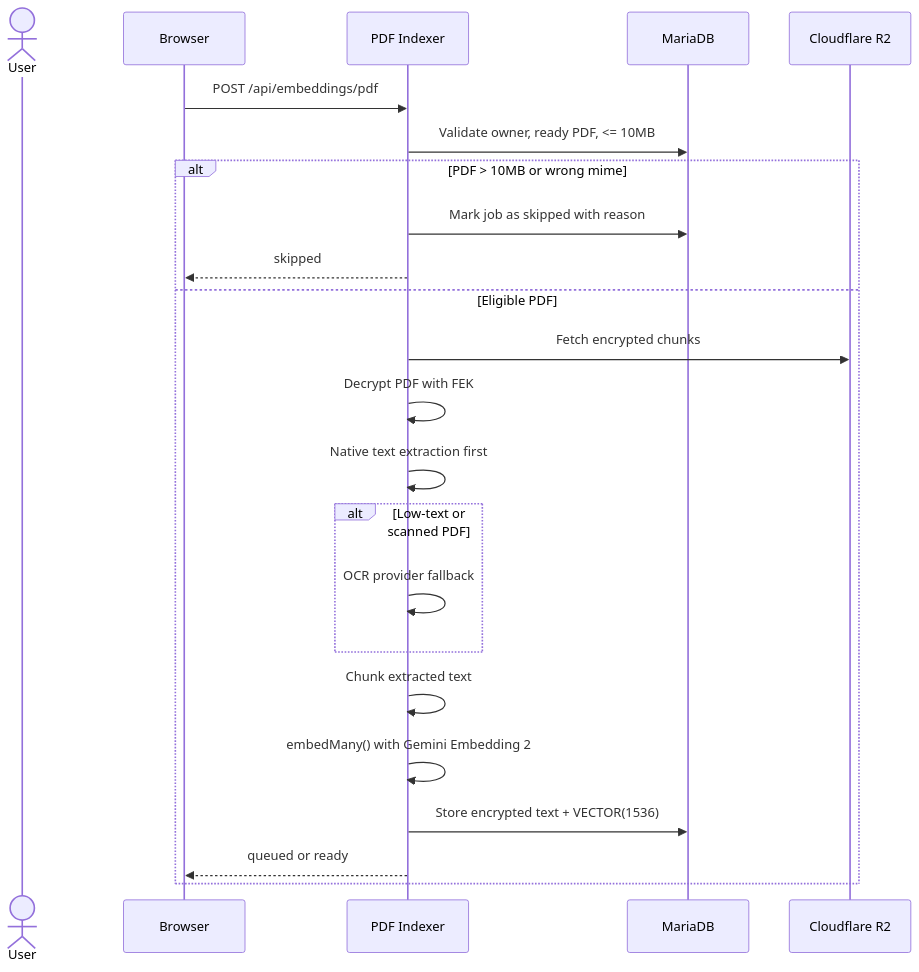
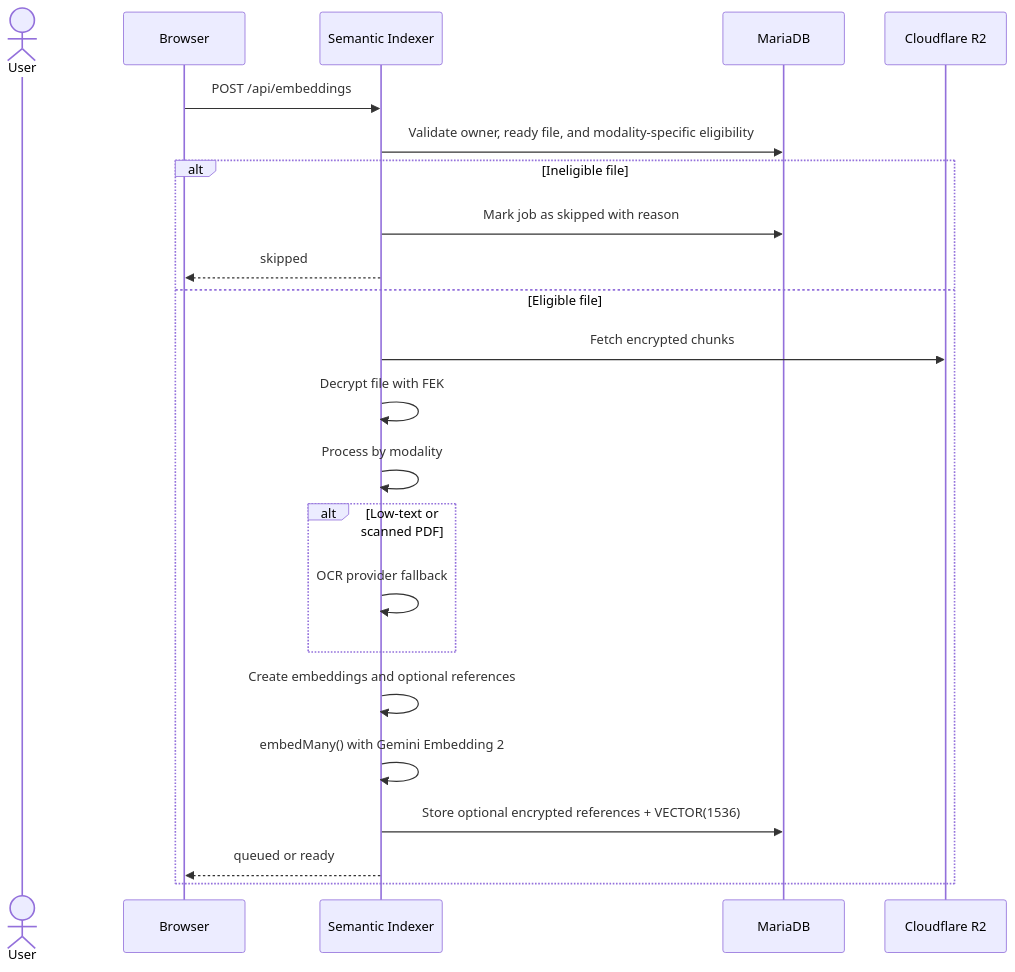
Before and after one commit to MariaDB-Hackathon-MY-2026/securevault: the fourth of 15 diagrams in implementation_plan.md, drawn with Mermaid. The commit also changed other lines of this file and 35 other files, not shown here.

````diff
--- a/implementation_plan.md
+++ b/implementation_plan.md
@@ -131,26 +131,26 @@
 ```mermaid
 sequenceDiagram
     actor User
     participant Client as Browser
-    participant IDX as PDF Indexer
+    participant IDX as Semantic Indexer
     participant DB as MariaDB
     participant R2 as Cloudflare R2
 
-    Client->>IDX: POST /api/embeddings/pdf
-    IDX->>DB: Validate owner, ready PDF, <= 10MB
-    alt PDF > 10MB or wrong mime
+    Client->>IDX: POST /api/embeddings
+    IDX->>DB: Validate owner, ready file, and modality-specific eligibility
+    alt Ineligible file
         IDX->>DB: Mark job as skipped with reason
         IDX-->>Client: skipped
-    else Eligible PDF
+    else Eligible file
         IDX->>R2: Fetch encrypted chunks
-        IDX->>IDX: Decrypt PDF with FEK
-        IDX->>IDX: Native text extraction first
+        IDX->>IDX: Decrypt file with FEK
+        IDX->>IDX: Process by modality
         alt Low-text or scanned PDF
             IDX->>IDX: OCR provider fallback
         end
-        IDX->>IDX: Chunk extracted text
+        IDX->>IDX: Create embeddings and optional references
         IDX->>IDX: embedMany() with Gemini Embedding 2
-        IDX->>DB: Store encrypted text + VECTOR(1536)
+        IDX->>DB: Store optional encrypted references + VECTOR(1536)
         IDX-->>Client: queued or ready
     end
 ```
````
